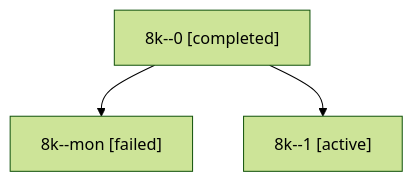
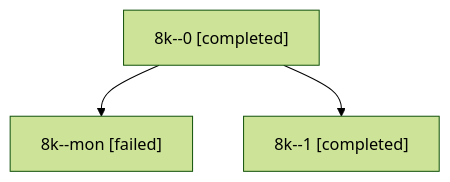
Before and after one commit to sase-org/sase--agents: the diagram in sessions/bbugyi200.apollo.8k.md, drawn with Mermaid (forest theme). The commit also changed other lines of this file and 11 other files, not shown here.

````diff
--- a/sessions/bbugyi200.apollo.8k.md
+++ b/sessions/bbugyi200.apollo.8k.md
@@ -9,8 +9,8 @@
 ```mermaid
 flowchart TD
   n0["8k--0 [completed]"]
   n1["8k--mon [failed]"]
   n0 --> n1
-  n2["8k--1 [active]"]
+  n2["8k--1 [completed]"]
   n0 --> n2
 ```
````
